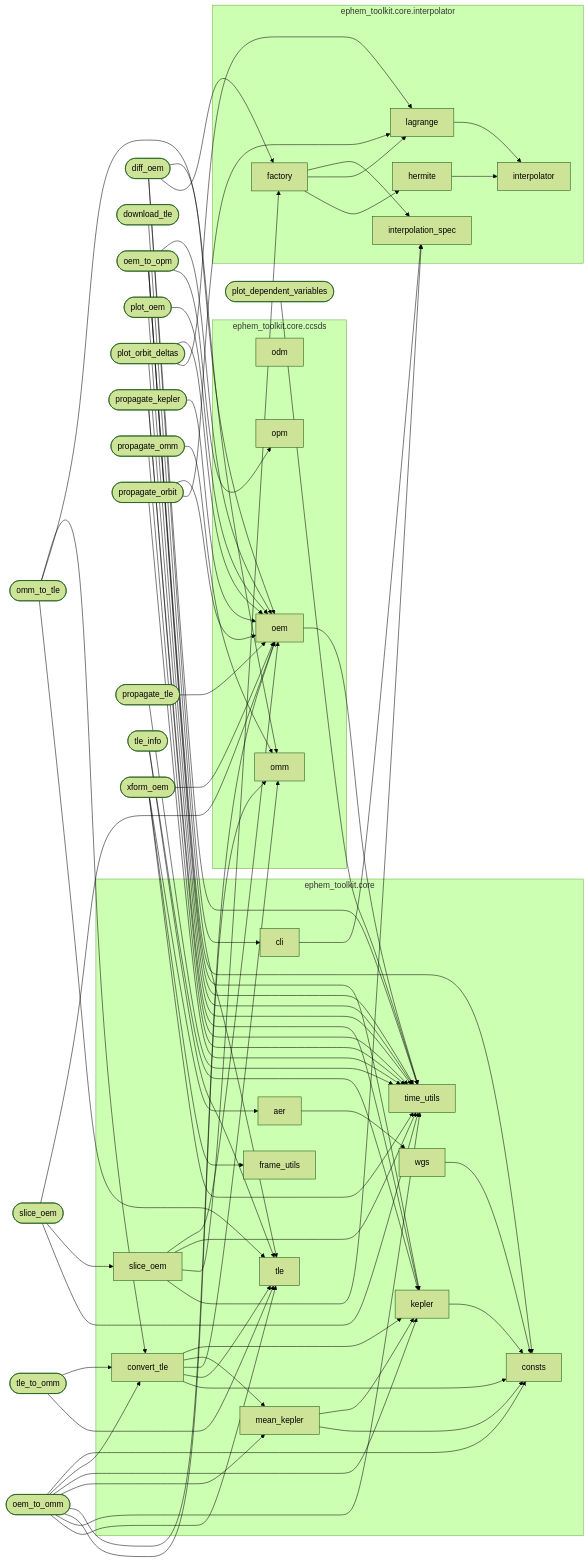
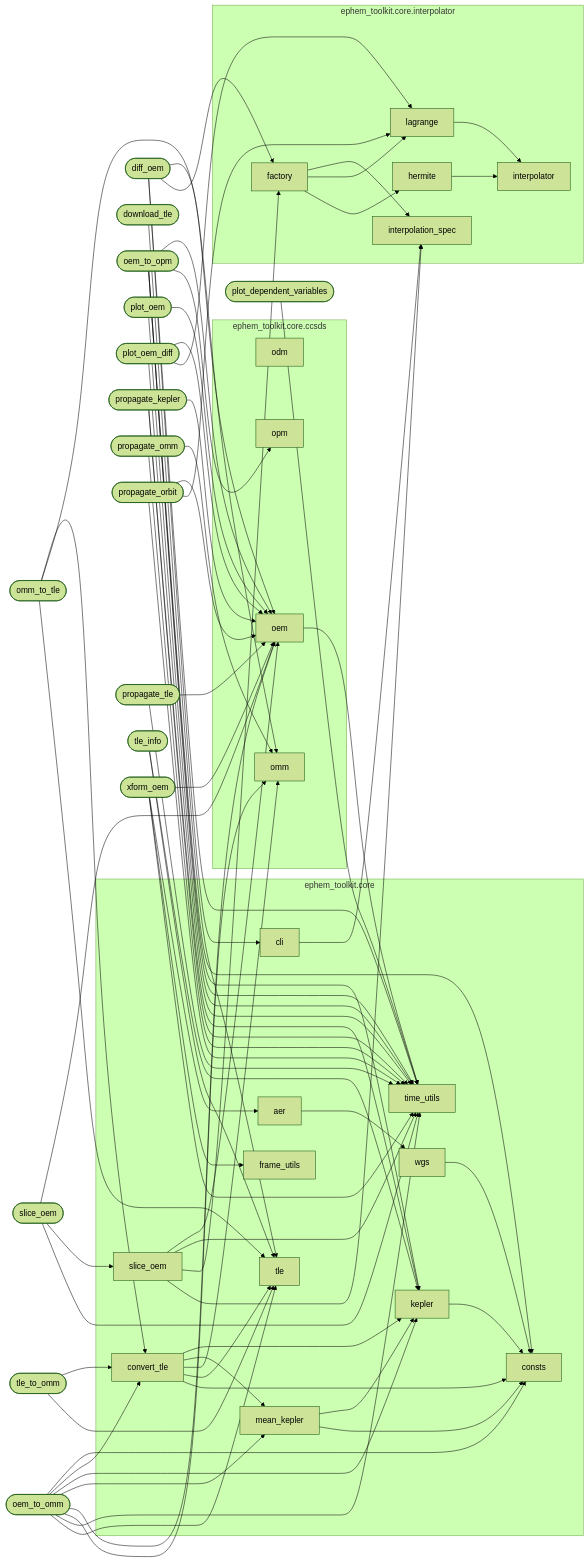
The diagram in docs/python_module_dependency_graph.mmd (jeongyunl/ephem-toolkit), drawn with Mermaid (forest theme) before and after one commit. The commit also changed 19 other files, not shown here.

Commit message:
Rename plot-orbit-deltas to plot-oem-diff

```diff
--- a/docs/python_module_dependency_graph.mmd
+++ b/docs/python_module_dependency_graph.mmd
@@ -1,130 +1,130 @@
 ---
 config:
   flowchart:
     curve: basis
 ---
 graph LR
 
 %% Internal Python module dependencies under ephem_toolkit namespace
 %% Standalone scripts use stadium shape ([...])
 %% Library modules use default rectangle shape [...]
 %% Updated to match the current packages and CLI entry points.
 
     subgraph core["ephem_toolkit.core"]
         mod_core_aer[aer]
         mod_core_consts[consts]
         mod_core_convert_tle[convert_tle]
         mod_core_frame_utils[frame_utils]
         mod_core_kepler[kepler]
         mod_core_mean_kepler[mean_kepler]
         mod_core_slice_oem[slice_oem]
         mod_core_time_utils[time_utils]
         mod_core_tle[tle]
         mod_core_wgs[wgs]
         mod_core_cli[cli]
     end
 
     subgraph ccsds["ephem_toolkit.core.ccsds"]
         mod_core_odm[odm]
         mod_core_oem[oem]
         mod_core_opm[opm]
         mod_core_omm[omm]
     end
 
     subgraph interpolator["ephem_toolkit.core.interpolator"]
         mod_interpolator_interpolator[interpolator]
         mod_interpolator_lagrange[lagrange]
         mod_interpolator_hermite[hermite]
         mod_interpolator_spec[interpolation_spec]
         mod_interpolator_factory[factory]
     end
 
     mod_util_diff_oem([diff_oem])
     mod_util_download_tle([download_tle])
     mod_util_oem_to_omm([oem_to_omm])
     mod_util_oem_to_opm([oem_to_opm])
     mod_util_omm_to_tle([omm_to_tle])
     mod_util_plot_oem([plot_oem])
-    mod_util_plot_orbit_deltas([plot_orbit_deltas])
+    mod_util_plot_oem_diff([plot_oem_diff])
     mod_util_plot_dep_vars([plot_dependent_variables])
     mod_util_propagate_kepler([propagate_kepler])
     mod_util_propagate_omm([propagate_omm])
     mod_util_propagate_orbit([propagate_orbit])
     mod_util_propagate_tle([propagate_tle])
     mod_util_slice_oem([slice_oem])
     mod_util_tle_info([tle_info])
     mod_util_tle_to_omm([tle_to_omm])
     mod_util_xform_oem([xform_oem])
 
     %% ===== Core library internal edges =====
     mod_core_aer --> mod_core_wgs
     mod_core_convert_tle --> mod_core_kepler
     mod_core_convert_tle --> mod_core_mean_kepler
     mod_core_convert_tle --> mod_core_omm
     mod_core_convert_tle --> mod_core_tle
     mod_core_convert_tle --> mod_core_consts
     mod_core_kepler --> mod_core_consts
     mod_core_mean_kepler --> mod_core_kepler
     mod_core_mean_kepler --> mod_core_consts
     mod_core_oem --> mod_core_time_utils
     mod_core_slice_oem --> mod_core_oem
     mod_core_slice_oem --> mod_core_time_utils
     mod_core_slice_oem --> mod_interpolator_factory
     mod_core_slice_oem --> mod_interpolator_spec
     mod_core_wgs --> mod_core_consts
     mod_interpolator_lagrange --> mod_interpolator_interpolator
     mod_interpolator_hermite --> mod_interpolator_interpolator
     mod_interpolator_factory --> mod_interpolator_spec
     mod_interpolator_factory --> mod_interpolator_lagrange
     mod_interpolator_factory --> mod_interpolator_hermite
     mod_core_cli --> mod_interpolator_spec
 
     %% ===== Utility module edges to core =====
     mod_util_xform_oem --> mod_core_aer
     mod_util_xform_oem --> mod_core_frame_utils
     mod_util_xform_oem --> mod_core_oem
     mod_util_xform_oem --> mod_core_time_utils
     mod_util_omm_to_tle --> mod_core_convert_tle
     mod_util_omm_to_tle --> mod_core_omm
     mod_util_omm_to_tle --> mod_core_tle
     mod_util_slice_oem --> mod_core_oem
     mod_util_slice_oem --> mod_core_slice_oem
     mod_util_slice_oem --> mod_core_time_utils
     mod_util_tle_info --> mod_core_kepler
     mod_util_tle_info --> mod_core_tle
     mod_util_tle_to_omm --> mod_core_convert_tle
     mod_util_tle_to_omm --> mod_core_tle
     mod_util_diff_oem --> mod_core_oem
     mod_util_diff_oem --> mod_core_time_utils
     mod_util_diff_oem --> mod_interpolator_factory
     mod_util_diff_oem --> mod_core_cli
     mod_util_plot_oem --> mod_core_oem
     mod_util_plot_oem --> mod_core_time_utils
-    mod_util_plot_orbit_deltas --> mod_core_oem
-    mod_util_plot_orbit_deltas --> mod_core_time_utils
-    mod_util_plot_orbit_deltas --> mod_interpolator_lagrange
+    mod_util_plot_oem_diff --> mod_core_oem
+    mod_util_plot_oem_diff --> mod_core_time_utils
+    mod_util_plot_oem_diff --> mod_interpolator_lagrange
     mod_util_plot_dep_vars --> mod_core_time_utils
     mod_util_propagate_kepler --> mod_core_oem
     mod_util_propagate_kepler --> mod_core_kepler
     mod_util_propagate_kepler --> mod_core_time_utils
     mod_util_propagate_omm --> mod_core_omm
     mod_util_propagate_omm --> mod_core_time_utils
     mod_util_propagate_orbit --> mod_core_oem
     mod_util_propagate_orbit --> mod_core_time_utils
     mod_util_propagate_orbit --> mod_interpolator_lagrange
     mod_util_propagate_tle --> mod_core_oem
     mod_util_propagate_tle --> mod_core_time_utils
     mod_util_oem_to_opm --> mod_core_consts
     mod_util_oem_to_opm --> mod_core_kepler
     mod_util_oem_to_opm --> mod_core_oem
     mod_util_oem_to_opm --> mod_core_opm
     mod_util_oem_to_opm --> mod_core_time_utils
     mod_util_oem_to_omm --> mod_core_consts
     mod_util_oem_to_omm --> mod_core_convert_tle
     mod_util_oem_to_omm --> mod_core_kepler
     mod_util_oem_to_omm --> mod_core_mean_kepler
     mod_util_oem_to_omm --> mod_core_oem
     mod_util_oem_to_omm --> mod_core_omm
     mod_util_oem_to_omm --> mod_core_time_utils
     mod_util_oem_to_omm --> mod_core_tle
     mod_util_download_tle --> mod_core_tle
```
